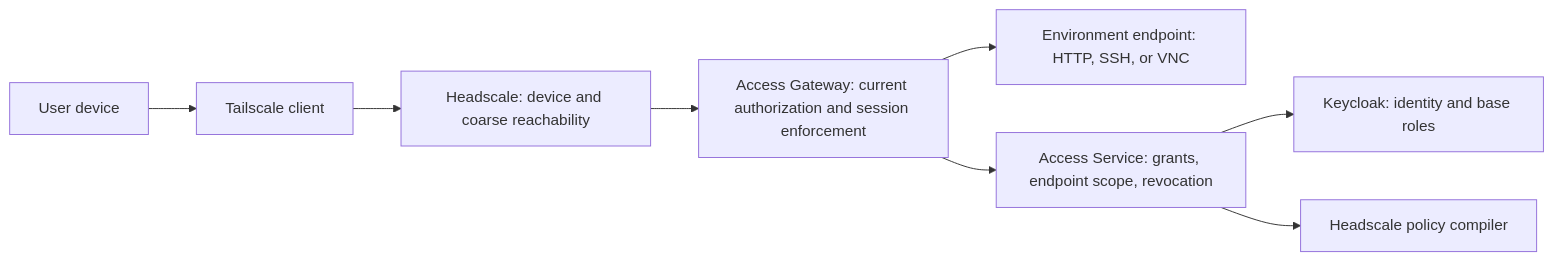
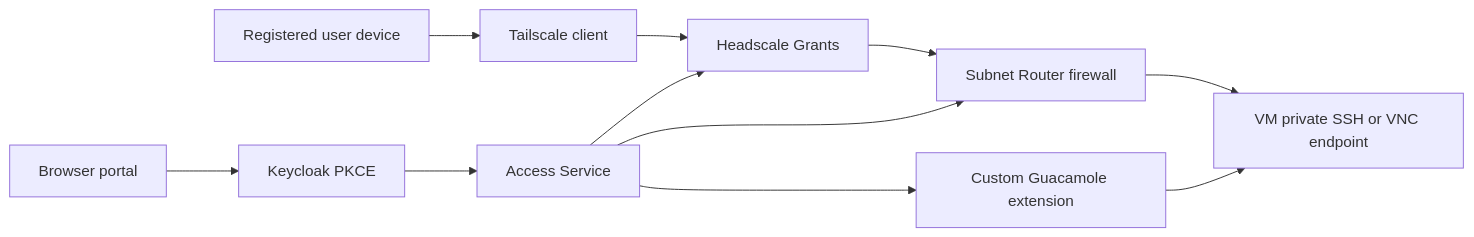
The diagram in docs/architecture/access-trust-boundary.md (TeamMonad/LabWeaver), drawn with Mermaid before and after one commit. The commit also changed other lines of this file and 8 other files, not shown here.

Commit message:
docs(access): define direct VM and Guacamole paths

````diff
--- a/docs/architecture/access-trust-boundary.md
+++ b/docs/architecture/access-trust-boundary.md
@@ -25,10 +26,13 @@
 ```mermaid
 flowchart LR
-    U["User device"] --> T["Tailscale client"]
-    T --> H["Headscale: device and coarse reachability"]
-    H --> G["Access Gateway: current authorization and session enforcement"]
-    G --> E["Environment endpoint: HTTP, SSH, or VNC"]
-    G --> A["Access Service: grants, endpoint scope, revocation"]
-    A --> K["Keycloak: identity and base roles"]
-    A --> P["Headscale policy compiler"]
+    D["Registered user device"] --> T["Tailscale client"]
+    T --> H["Headscale Grants"]
+    H --> R["Subnet Router firewall"]
+    R --> V["VM private SSH or VNC endpoint"]
+    B["Browser portal"] --> P["Keycloak PKCE"]
+    P --> A["Access Service"]
+    A --> G["Custom Guacamole extension"]
+    G --> V
+    A --> H
+    A --> R
 ```
````
